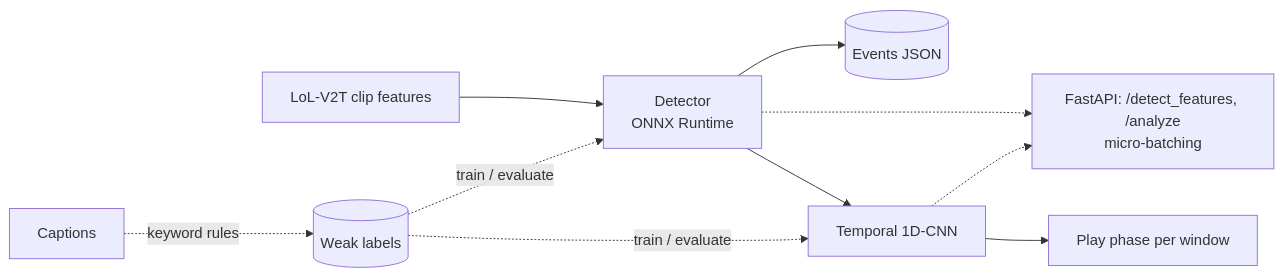
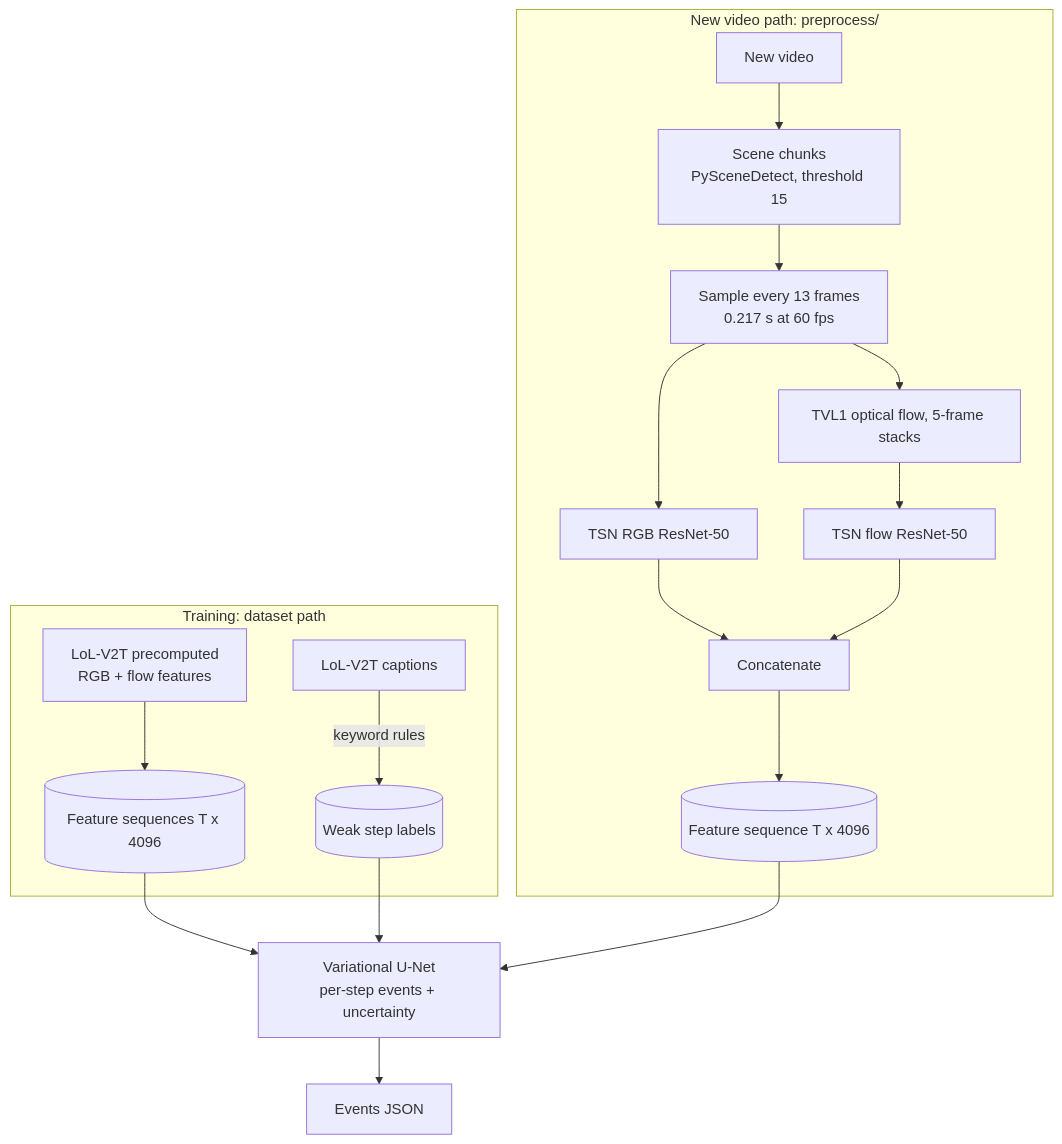
The diagram in README.md (otoofim/video_event_detection), drawn with Mermaid before and after one commit. The commit also changed other lines of this file and 5 other files, not shown here.

First line of the commit message:
Step 5: docs and CI for the U-Net and the video path

````diff
--- a/README.md
+++ b/README.md
@@ -6,9 +7,21 @@
 ```mermaid
-flowchart LR
-  C[LoL-V2T clip features] --> D[Detector<br/>ONNX Runtime]
-  D --> E[(Events JSON)]
-  D --> T[Temporal 1D-CNN]
-  T --> P[Play phase per window]
-  CAP[Captions] -.keyword rules.-> L[(Weak labels)] -.train / evaluate.-> D & T
-  D & T -.-> S[FastAPI: /detect_features, /analyze<br/>micro-batching]
+flowchart TB
+  subgraph TRAIN[Training: dataset path]
+    DS[LoL-V2T precomputed<br/>RGB + flow features] --> FT[(Feature sequences T x 4096)]
+    CAP[LoL-V2T captions] -->|keyword rules| LB[(Weak step labels)]
+  end
+  subgraph NEW[New video path: preprocess/]
+    V[New video] --> CH[Scene chunks<br/>PySceneDetect, threshold 15]
+    CH --> S[Sample every 13 frames<br/>0.217 s at 60 fps]
+    S --> RGB[TSN RGB ResNet-50]
+    S --> OF[TVL1 optical flow, 5-frame stacks]
+    OF --> FLOW[TSN flow ResNet-50]
+    RGB --> CAT[Concatenate]
+    FLOW --> CAT
+    CAT --> FT2[(Feature sequence T x 4096)]
+  end
+  FT --> M[Variational U-Net<br/>per-step events + uncertainty]
+  LB --> M
+  FT2 --> M
+  M --> E[Events JSON]
 ```
````
